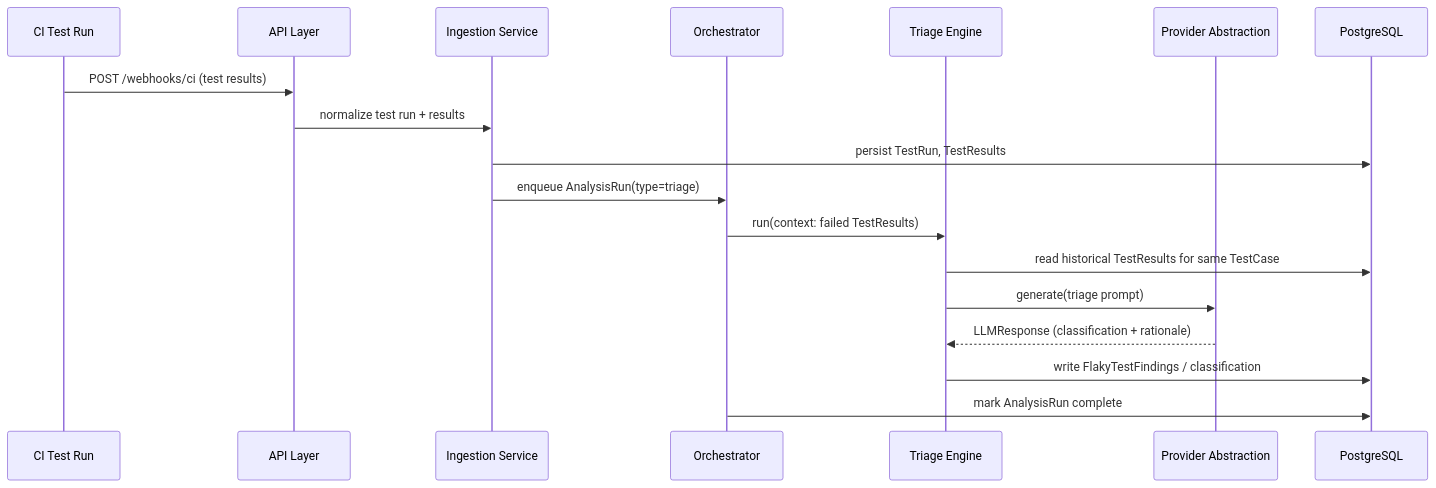
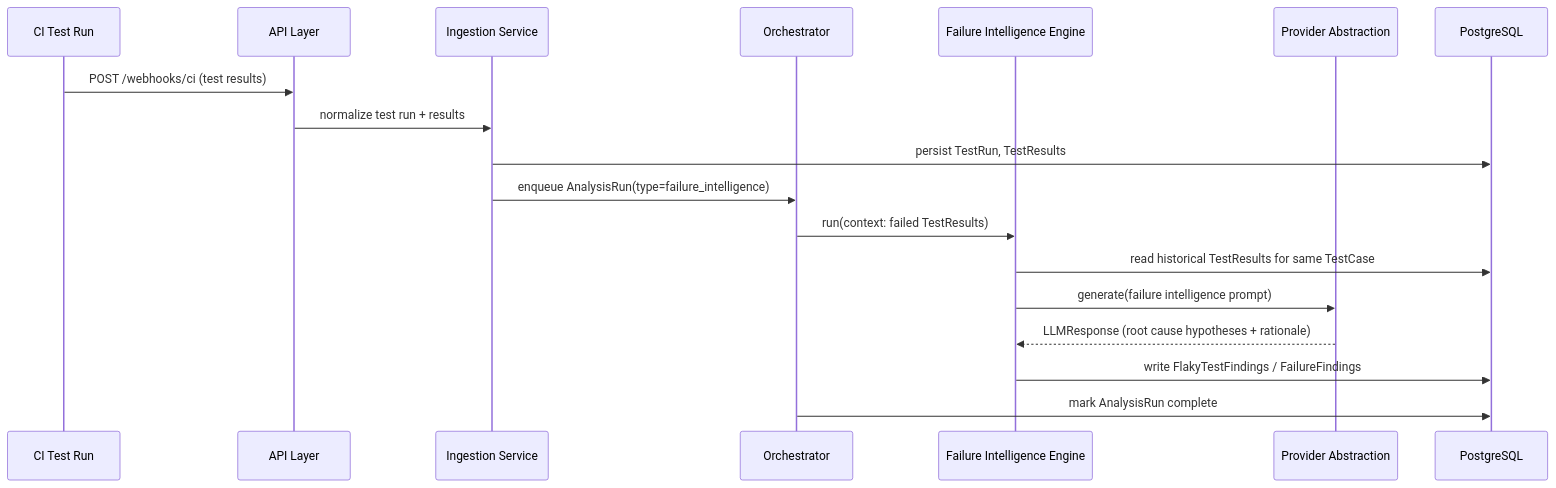
One commit to sdkdeepa/ai-test-intelligence-platform changed the second of 3 diagrams in docs/system-design.md. Above: the diagram before and after it, drawn with Mermaid. The commit also changed other lines of this file and 3 other files, not shown here.

Commit message:
implement failure intelligence and flaky pattern analysis

````diff
--- a/docs/system-design.md
+++ b/docs/system-design.md
@@ -39,21 +39,21 @@
 ```mermaid
 sequenceDiagram
     participant CI as CI Test Run
     participant API as API Layer
     participant Ing as Ingestion Service
     participant Orch as Orchestrator
-    participant Triage as Triage Engine
+    participant FailureIntel as Failure Intelligence Engine
     participant Prov as Provider Abstraction
     participant DB as PostgreSQL
 
     CI->>API: POST /webhooks/ci (test results)
     API->>Ing: normalize test run + results
     Ing->>DB: persist TestRun, TestResults
-    Ing->>Orch: enqueue AnalysisRun(type=triage)
-    Orch->>Triage: run(context: failed TestResults)
-    Triage->>DB: read historical TestResults for same TestCase
-    Triage->>Prov: generate(triage prompt)
-    Prov-->>Triage: LLMResponse (classification + rationale)
-    Triage->>DB: write FlakyTestFindings / classification
+    Ing->>Orch: enqueue AnalysisRun(type=failure_intelligence)
+    Orch->>FailureIntel: run(context: failed TestResults)
+    FailureIntel->>DB: read historical TestResults for same TestCase
+    FailureIntel->>Prov: generate(failure intelligence prompt)
+    Prov-->>FailureIntel: LLMResponse (root cause hypotheses + rationale)
+    FailureIntel->>DB: write FlakyTestFindings / FailureFindings
     Orch->>DB: mark AnalysisRun complete
 ```
````
